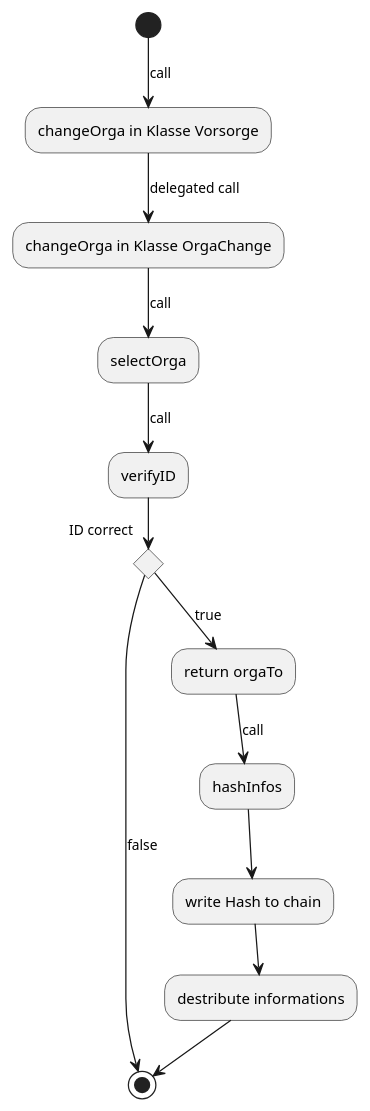
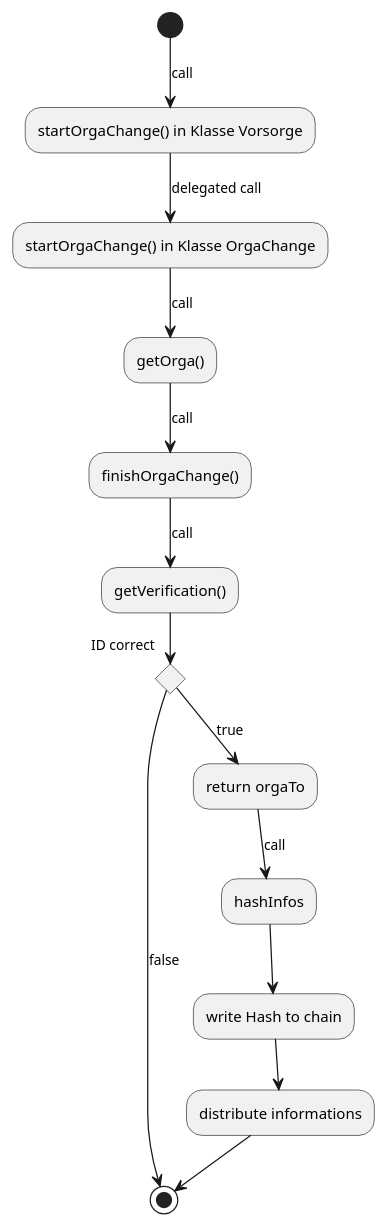
The diagram in docs/VVS_activity_changeOrga.puml (TK5-Tim/Unibas-BCC2019-VVS), drawn with PlantUML before and after one commit. The commit also changed 9 other files, not shown here.

Commit message:
add comments + change diagrams

```diff
--- a/docs/VVS_activity_changeOrga.puml
+++ b/docs/VVS_activity_changeOrga.puml
@@ -1,16 +1,17 @@
 @startuml Aktivitätsdiagram ChangeOrga 
-(*) -->[call] "changeOrga in Klasse Vorsorge"
- --> [delegated call]"changeOrga in Klasse OrgaChange"
+(*) -->[call] "startOrgaChange() in Klasse Vorsorge"
+ --> [delegated call]"startOrgaChange() in Klasse OrgaChange"
 
- --> [call]"selectOrga" 
- --> [call]"verifyID" 
+ --> [call]"getOrga()"
+ --> [call]"finishOrgaChange()" 
+ --> [call]"getVerification()" 
  if "ID correct" then 
     --> [true]"return orgaTo" as a1
  else 
  ->[false](*)
 endif
  a1 -->[call] "hashInfos"
  --> "write Hash to chain"
- --> "destribute informations" 
+ --> "distribute informations" 
  -->(*)
 @enduml
```
